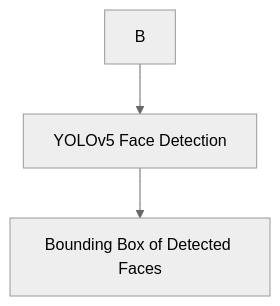
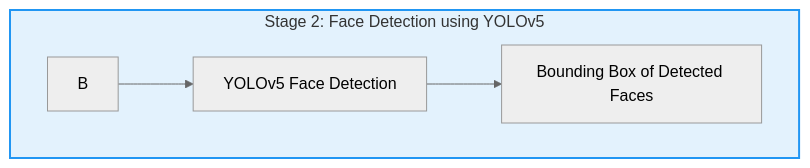
Before and after one commit to Tharun-selladurai/face_liveliness_web_platform: the third of 7 diagrams in README.md, drawn with Mermaid (neutral theme). The commit also changed other lines of this file, not shown here.

````diff
--- a/README.md
+++ b/README.md
@@ -41,5 +37,8 @@
-    ```mermaid
-    graph TD;
-        B --> C[YOLOv5 Face Detection];
-        C --> D[Bounding Box of Detected Faces];
-    ```
+```mermaid
+graph TD;
+    subgraph Stage2[Stage 2: Face Detection using YOLOv5]
+    style Stage2 fill:#E3F2FD,stroke:#2196F3,stroke-width:2px;
+        B --> C[YOLOv5 Face Detection]
+        C --> D[Bounding Box of Detected Faces]
+    end
+```
````
